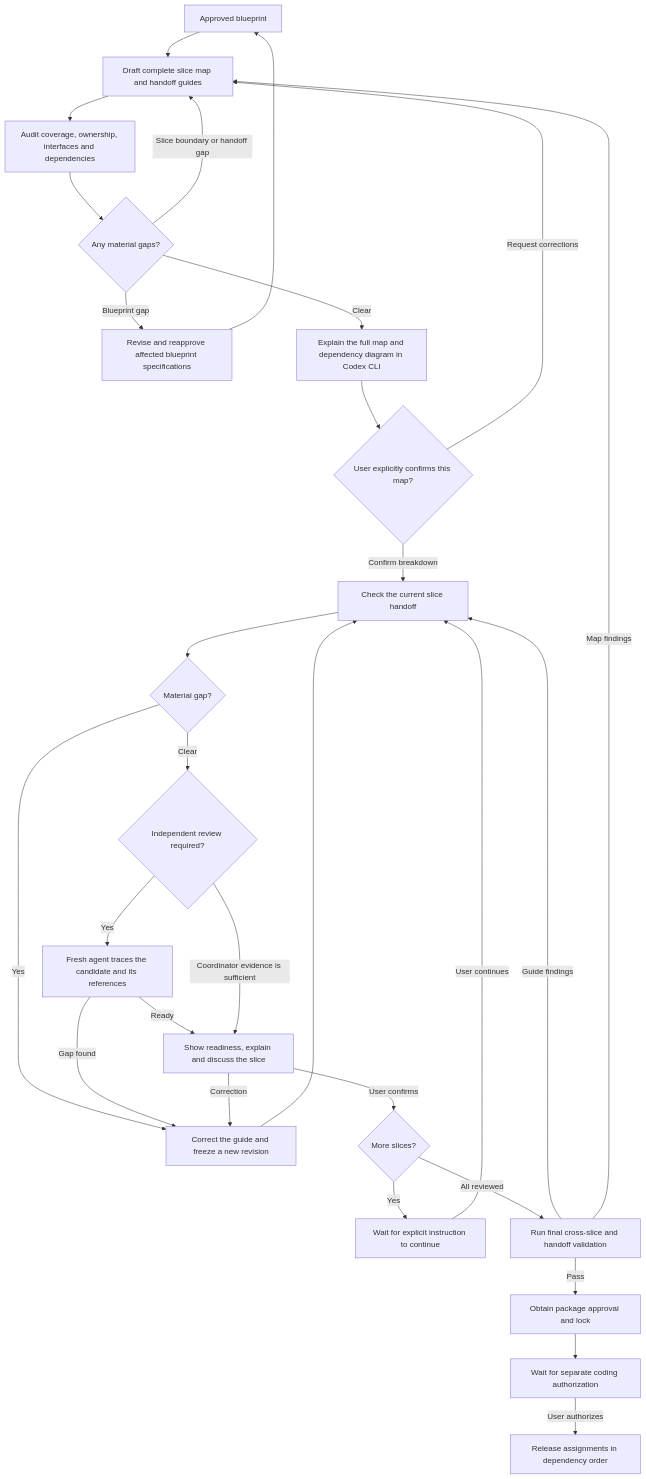
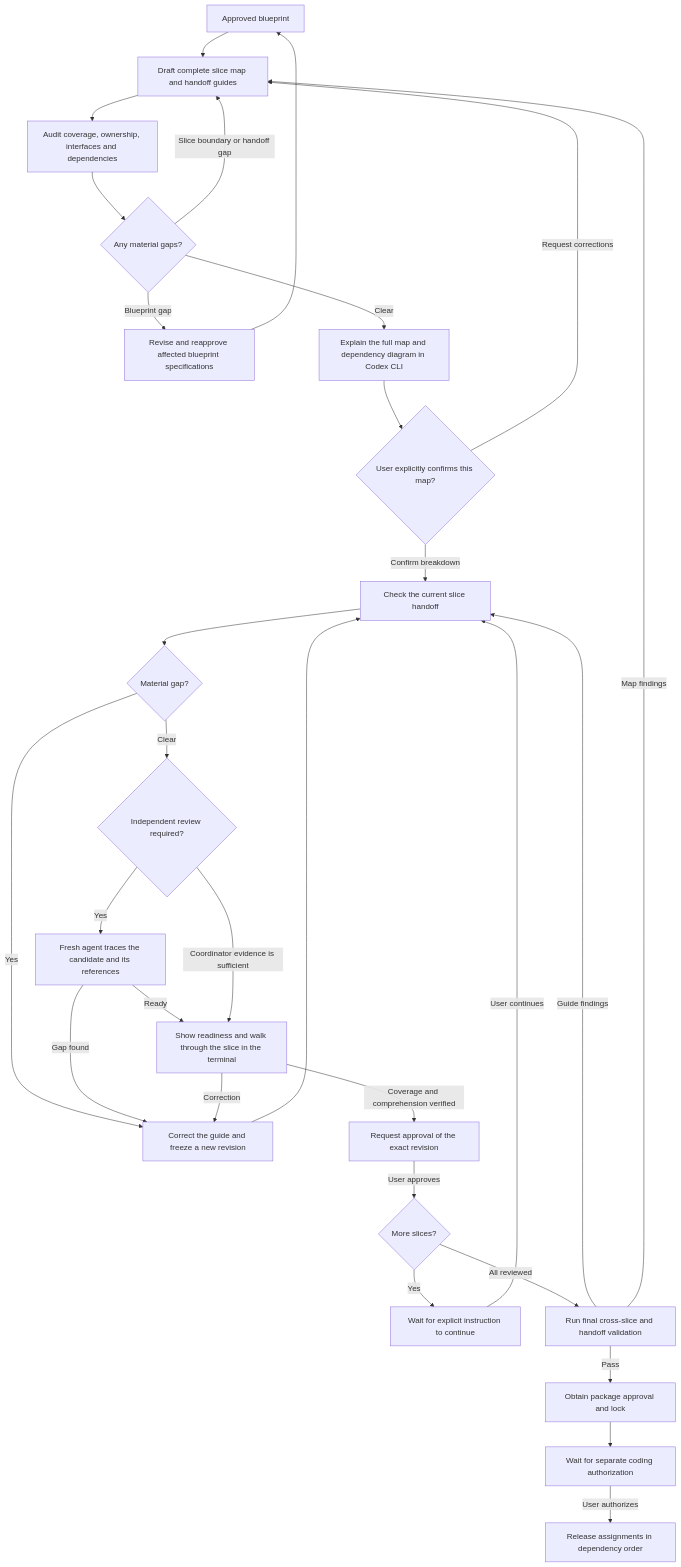
The first of 2 diagrams in references/slice-review-workflow.md (keitamoustapha913/prototype-to-production), drawn with Mermaid before and after one commit. The commit also changed other lines of this file and 8 other files, not shown here.

First line of the commit message:
[feat][workflow] Require guided slice walkthroughs before manual approval

````diff
--- a/references/slice-review-workflow.md
+++ b/references/slice-review-workflow.md
@@ -9,31 +9,32 @@
 ```mermaid
 flowchart TD
     A[Approved blueprint] --> B[Draft complete slice map and handoff guides]
     B --> C[Audit coverage, ownership, interfaces and dependencies]
     C --> D{Any material gaps?}
     D -->|Slice boundary or handoff gap| B
     D -->|Blueprint gap| E[Revise and reapprove affected blueprint specifications]
     E --> A
     D -->|Clear| F[Explain the full map and dependency diagram in Codex CLI]
     F --> G{User explicitly confirms this map?}
     G -->|Request corrections| B
     G -->|Confirm breakdown| H[Check the current slice handoff]
     H --> D1{Material gap?}
     D1 -->|Yes| H1[Correct the guide and freeze a new revision]
     H1 --> H
     D1 -->|Clear| R1{Independent review required?}
     R1 -->|Yes| R2[Fresh agent traces the candidate and its references]
     R2 -->|Gap found| H1
-    R2 -->|Ready| I[Show readiness, explain and discuss the slice]
+    R2 -->|Ready| I[Show readiness and walk through the slice in the terminal]
     R1 -->|Coordinator evidence is sufficient| I
     I -->|Correction| H1
-    I -->|User confirms| I1{More slices?}
+    I -->|Coverage and comprehension verified| I0[Request approval of the exact revision]
+    I0 -->|User approves| I1{More slices?}
     I1 -->|Yes| I2[Wait for explicit instruction to continue]
     I2 -->|User continues| H
     I1 -->|All reviewed| J[Run final cross-slice and handoff validation]
     J -->|Guide findings| H
     J -->|Map findings| B
     J -->|Pass| L[Obtain package approval and lock]
     L --> M[Wait for separate coding authorization]
     M -->|User authorizes| N[Release assignments in dependency order]
 ```
````
